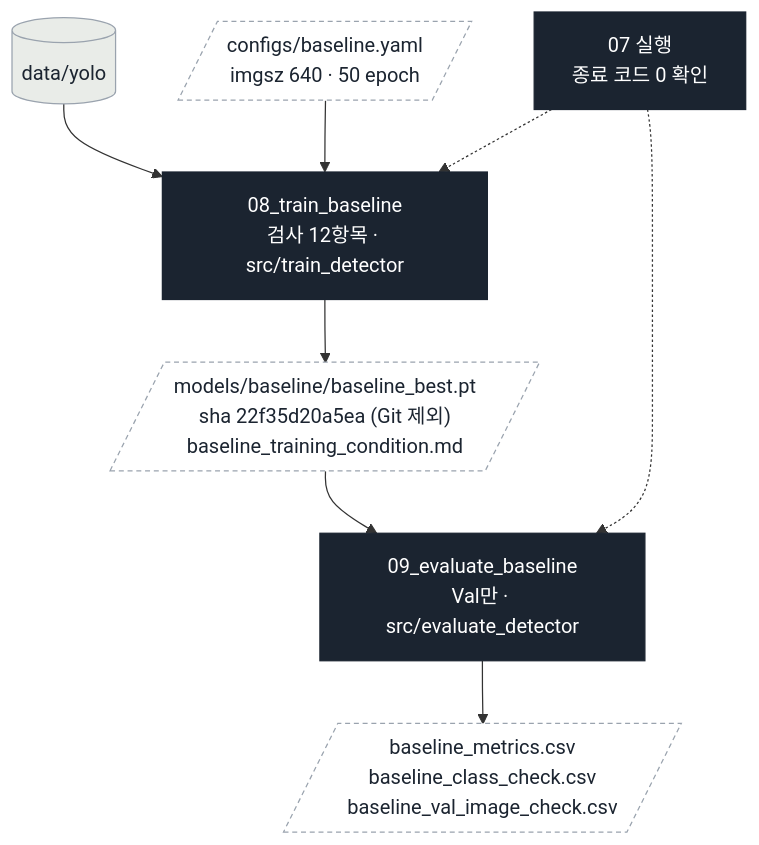
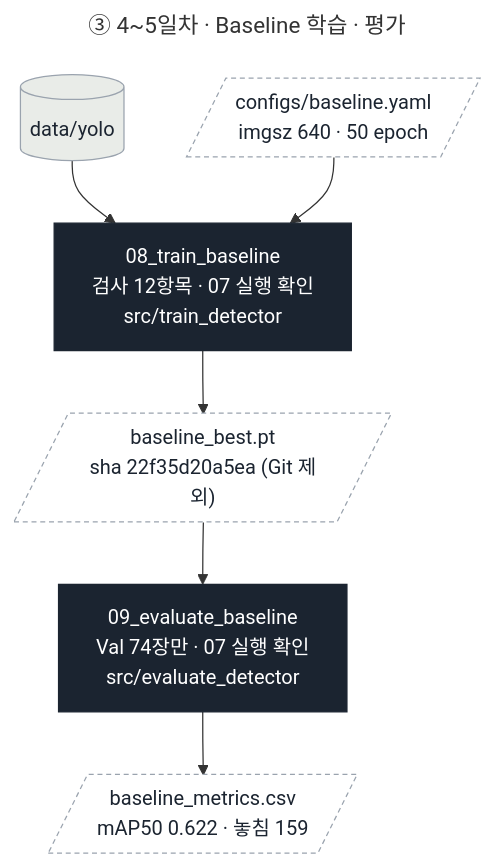
One commit to howolcat/prj2026.10 changed the fourth of 10 diagrams in prj08/docs/code_flow.md. Above: the diagram before and after it, drawn with Mermaid. The commit also changed other lines of this file and 8 other files, not shown here.

````diff
--- a/prj08/docs/code_flow.md
+++ b/prj08/docs/code_flow.md
@@ -86,22 +122,20 @@
 ```mermaid
+---
+title: ③ 4~5일차 · Baseline 학습 · 평가
+---
 flowchart TD
-    YOLO[("data/yolo")]
-    BY[/"configs/baseline.yaml<br/>imgsz 640 · 50 epoch"/]
-    S07["07 실행<br/>종료 코드 0 확인"]
-
-    YOLO --> S08["08_train_baseline<br/>검사 12항목 · src/train_detector"]
-    BY --> S08
-    S07 -.-> S08
-    S08 --> O08[/"models/baseline/baseline_best.pt<br/>sha 22f35d20a5ea (Git 제외)<br/>baseline_training_condition.md"/]
-
-    O08 --> S09["09_evaluate_baseline<br/>Val만 · src/evaluate_detector"]
-    S07 -.-> S09
-    S09 --> O09[/"baseline_metrics.csv<br/>baseline_class_check.csv<br/>baseline_val_image_check.csv"/]
+    YOLO[("data/yolo")] --> S08
+    BY[/"configs/baseline.yaml<br/>imgsz 640 · 50 epoch"/] --> S08
+    S08["08_train_baseline<br/>검사 12항목 · 07 실행 확인<br/>src/train_detector"]
+    S08 --> O08[/"baseline_best.pt<br/>sha 22f35d20a5ea (Git 제외)"/]
+    O08 --> S09["09_evaluate_baseline<br/>Val 74장만 · 07 실행 확인<br/>src/evaluate_detector"]
+    S09 --> O09[/"baseline_metrics.csv<br/>mAP50 0.622 · 놓침 159"/]
 
     classDef data fill:#E9ECE8,stroke:#9AA3AE,color:#1B2430
     classDef script fill:#1B2430,stroke:#1B2430,color:#FFFFFF
     classDef out fill:#FFFFFF,stroke:#9AA3AE,stroke-dasharray:4 3,color:#1B2430
+    classDef human fill:#FBF1E6,stroke:#C26A1E,stroke-width:2px,color:#1B2430
     class YOLO data
-    class S07,S08,S09 script
+    class S08,S09 script
     class BY,O08,O09 out
 ```
````
